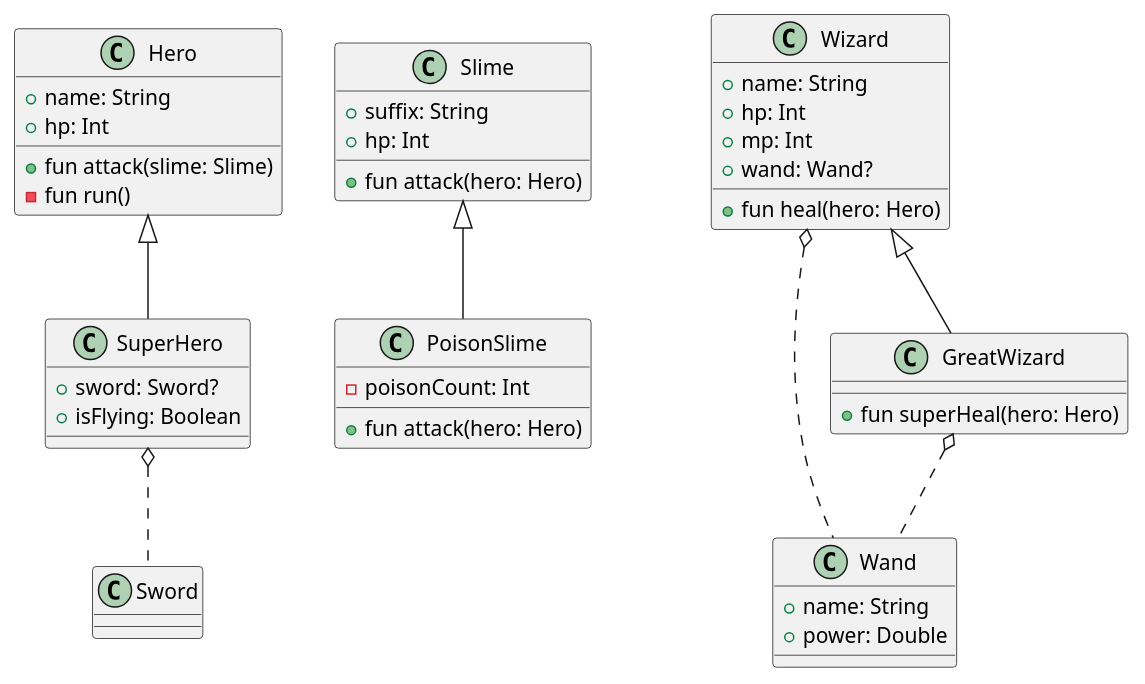
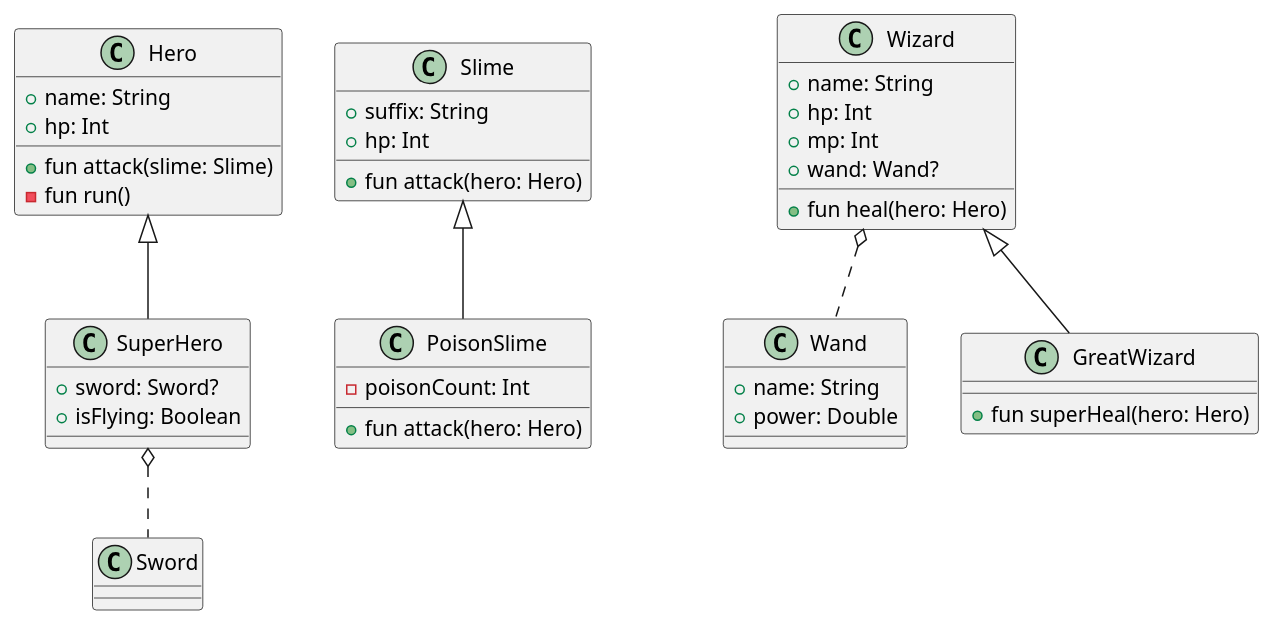
Before and after one commit to SurvivalCodingCampus/gangnam2_kotlin_study: the diagram in docs/game.puml, drawn with PlantUML. The commit also changed 1 other file, not shown here.

Commit message:
Chore: UML 상속으로 받은 연관 관계 중복 제거

```diff
--- a/docs/game.puml
+++ b/docs/game.puml
@@ -1,54 +1,52 @@
 @startuml
 
 class Hero {
     + name: String
     + hp: Int
 
     + fun attack(slime: Slime)
     - fun run()
 }
 
 class SuperHero extends Hero {
     + sword: Sword?
     + isFlying: Boolean
 }
 
 class Sword {
 
 }
 
 SuperHero o.. Sword
 
 class Slime {
     + suffix: String
     + hp: Int
     + fun attack(hero: Hero)
 }
 
 class PoisonSlime extends Slime {
     - poisonCount: Int
     + fun attack(hero: Hero)
 }
 
 class Wand {
     + name: String
     + power: Double
 }
 
 class Wizard {
     + name: String
     + hp: Int
     + mp: Int
     + wand: Wand?
     + fun heal(hero: Hero)
 }
 
 class GreatWizard extends Wizard {
     + fun superHeal(hero: Hero)
 }
 
 Wizard o.. Wand
-GreatWizard o.. Wand
-
 
 @enduml
```
